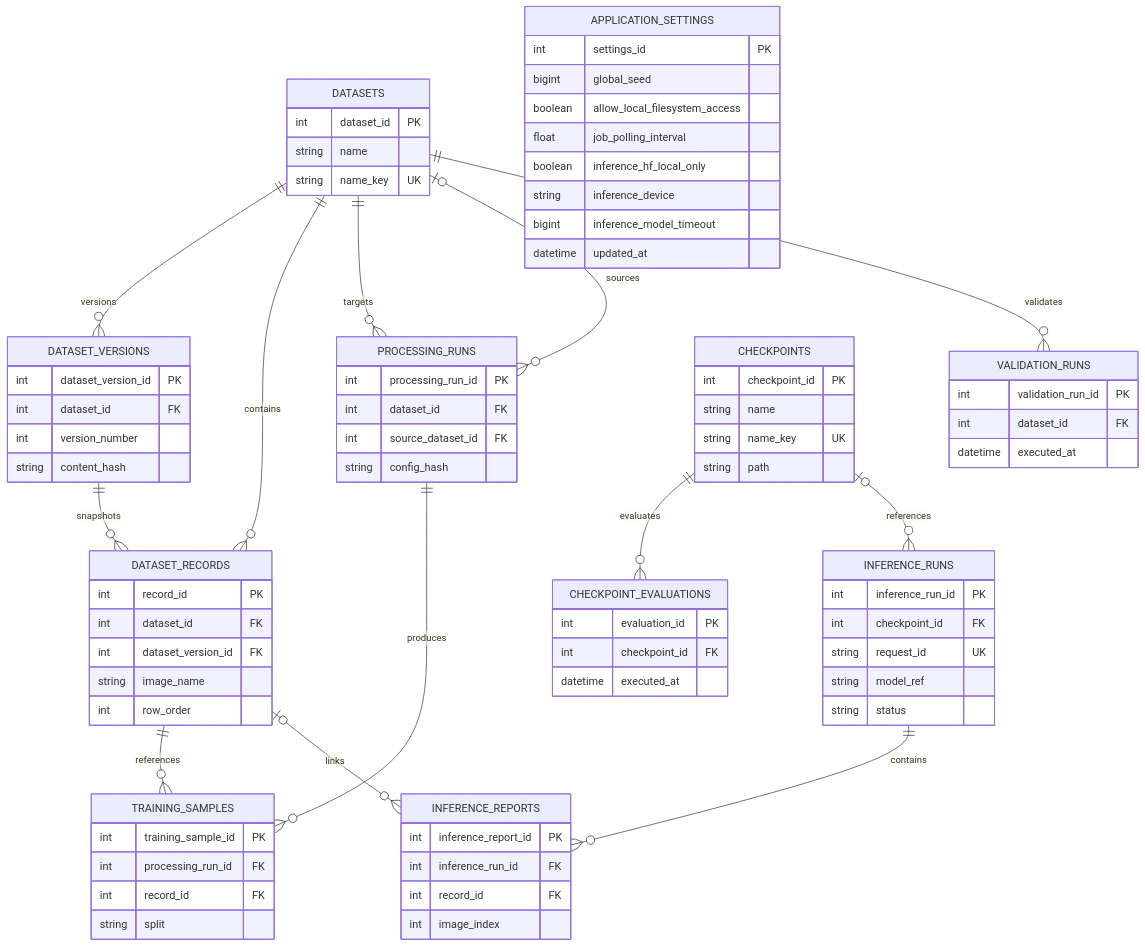
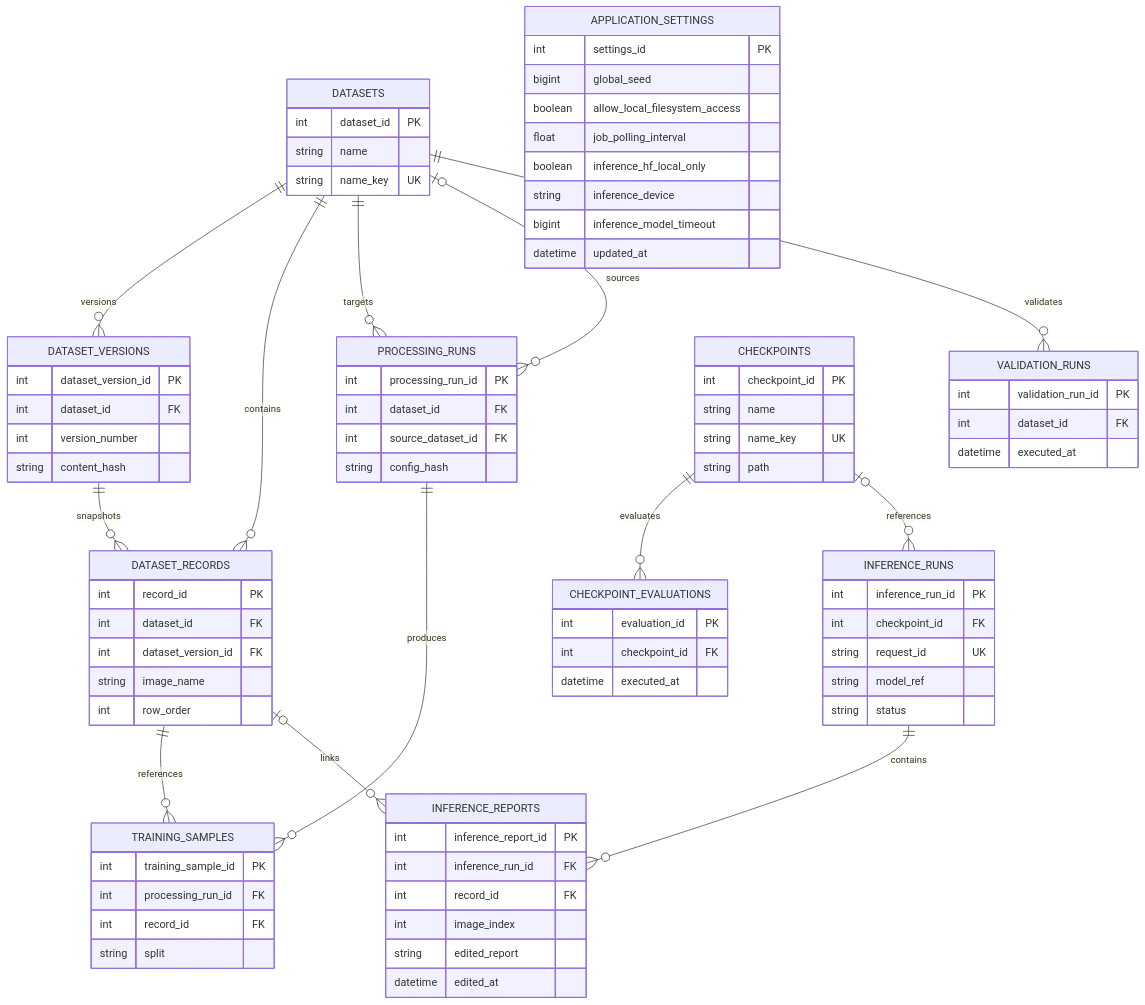
Before and after one commit to CTCycle/XREPORT-radiological-reports-generator: the diagram in assets/docs/architecture/persistence.md, drawn with Mermaid. The commit also changed other lines of this file and 41 other files, not shown here.

```diff
--- a/assets/docs/architecture/persistence.md
+++ b/assets/docs/architecture/persistence.md
@@ -119,6 +126,8 @@
         int inference_run_id FK
         int record_id FK
         int image_index
+        string edited_report
+        datetime edited_at
     }
     APPLICATION_SETTINGS {
         int settings_id PK
```
